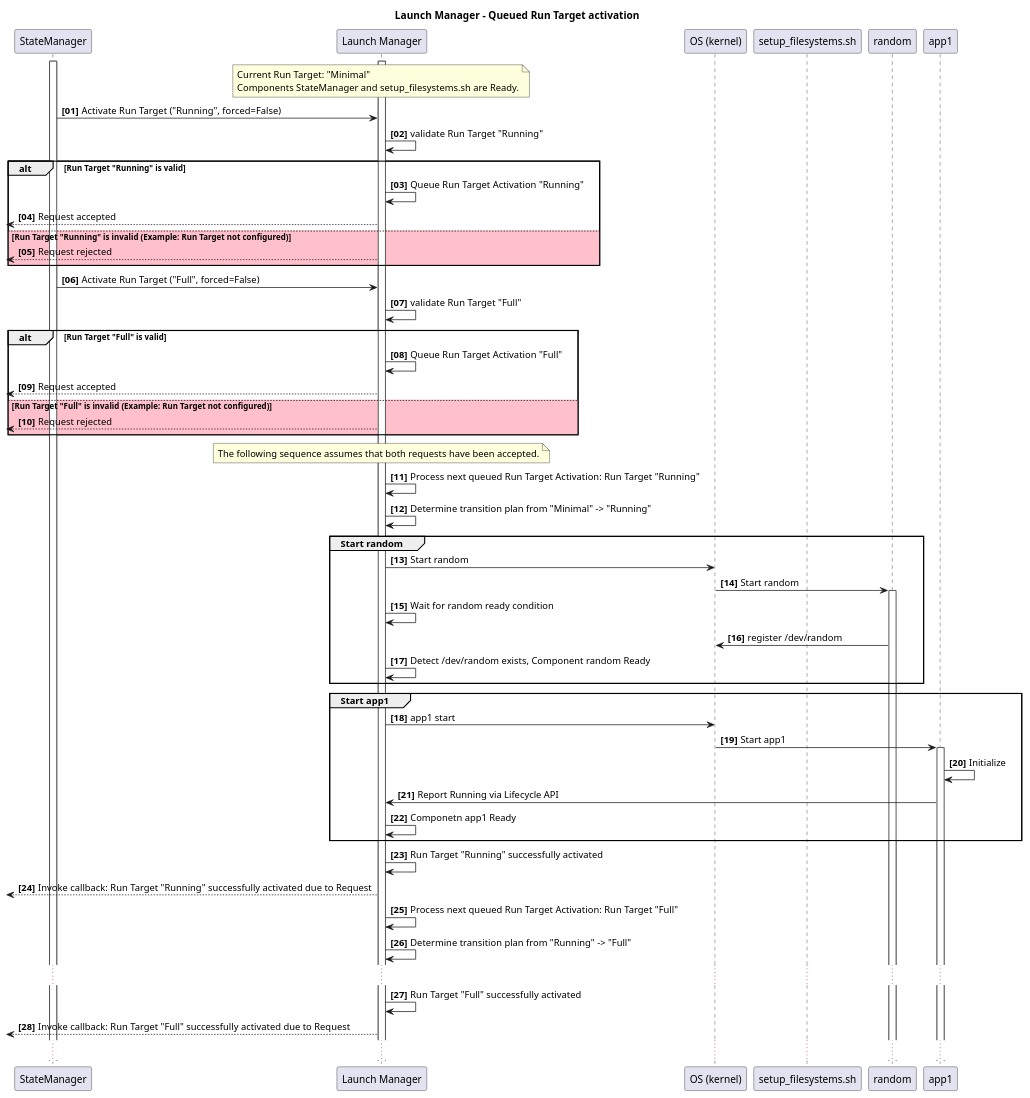
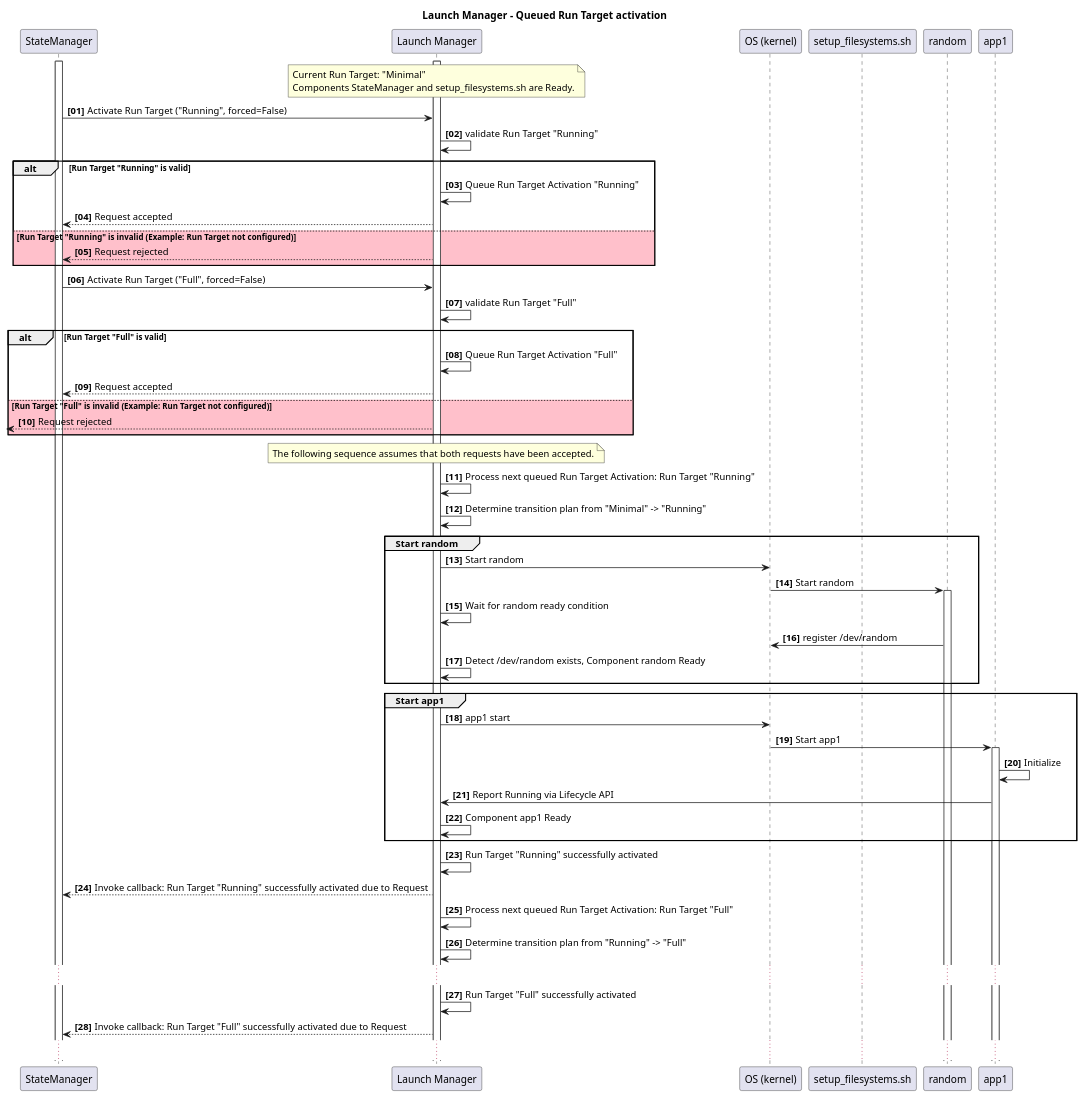
The diagram in docs/features/lifecycle/architecture/_assets/control_interface_queued_activation.puml (eclipse-score/lifecycle), drawn with PlantUML before and after one commit. The commit also changed 8 other files, not shown here.

```diff
--- a/docs/features/lifecycle/architecture/_assets/control_interface_queued_activation.puml
+++ b/docs/features/lifecycle/architecture/_assets/control_interface_queued_activation.puml
@@ -14,75 +14,75 @@
 @startuml
 title Launch Manager - Queued Run Target activation
 
 autonumber "<b>[00]"
 
 participant "StateManager" as sm
 participant "Launch Manager" as LM
 participant "OS (kernel)" as kernel
 participant "setup_filesystems.sh" as fs
 participant "random" as ran
 participant "app1" as app1
 
 activate LM
 activate sm
 
 note over LM
 Current Run Target: "Minimal"
 Components StateManager and setup_filesystems.sh are Ready.
 end note
 
 sm -> LM : Activate Run Target ("Running", forced=False)
 LM -> LM: validate Run Target "Running"
 alt #White Run Target "Running" is valid
     LM -> LM: Queue Run Target Activation "Running"
-    [<-- LM: Request accepted
+    sm <-- LM: Request accepted
 else #Pink Run Target "Running" is invalid (Example: Run Target not configured)
-    [<-- LM: Request rejected
+    sm <-- LM: Request rejected
 end alt
 
 sm -> LM : Activate Run Target ("Full", forced=False)
 LM -> LM: validate Run Target "Full"
 alt #White Run Target "Full" is valid
     LM -> LM: Queue Run Target Activation "Full"
-    [<-- LM: Request accepted
+    sm <-- LM: Request accepted
 else #Pink Run Target "Full" is invalid (Example: Run Target not configured)
     [<-- LM: Request rejected
 end alt
 
 note over LM
 The following sequence assumes that both requests have been accepted.
 end note
 
 LM -> LM: Process next queued Run Target Activation: Run Target "Running"
 LM -> LM: Determine transition plan from "Minimal" -> "Running"
 
 group #White Start random
 LM -> kernel : Start random
 kernel -> ran ++ : Start random
 LM -> LM : Wait for random ready condition
 ran -> kernel : register /dev/random
 LM -> LM : Detect /dev/random exists, Component random Ready
 end group
 
 group #White Start app1
     LM -> kernel : app1 start
     kernel -> app1 ++ : Start app1
     app1 -> app1 : Initialize
     app1 -> LM : Report Running via Lifecycle API
-    LM -> LM : Componetn app1 Ready
+    LM -> LM : Component app1 Ready
 end group
 
 LM -> LM: Run Target "Running" successfully activated
-[<-- LM: Invoke callback: Run Target "Running" successfully activated due to Request
+sm <-- LM: Invoke callback: Run Target "Running" successfully activated due to Request
 
 LM -> LM: Process next queued Run Target Activation: Run Target "Full"
 LM -> LM: Determine transition plan from "Running" -> "Full"
 
 ...
 
 LM -> LM: Run Target "Full" successfully activated
-[<-- LM: Invoke callback: Run Target "Full" successfully activated due to Request
+sm <-- LM: Invoke callback: Run Target "Full" successfully activated due to Request
 
 
 ...
 @enduml
```
